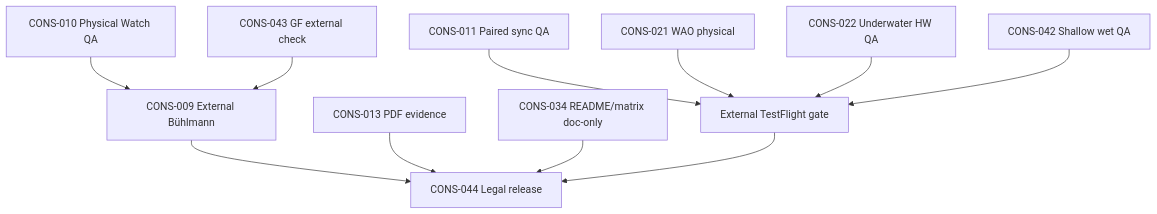
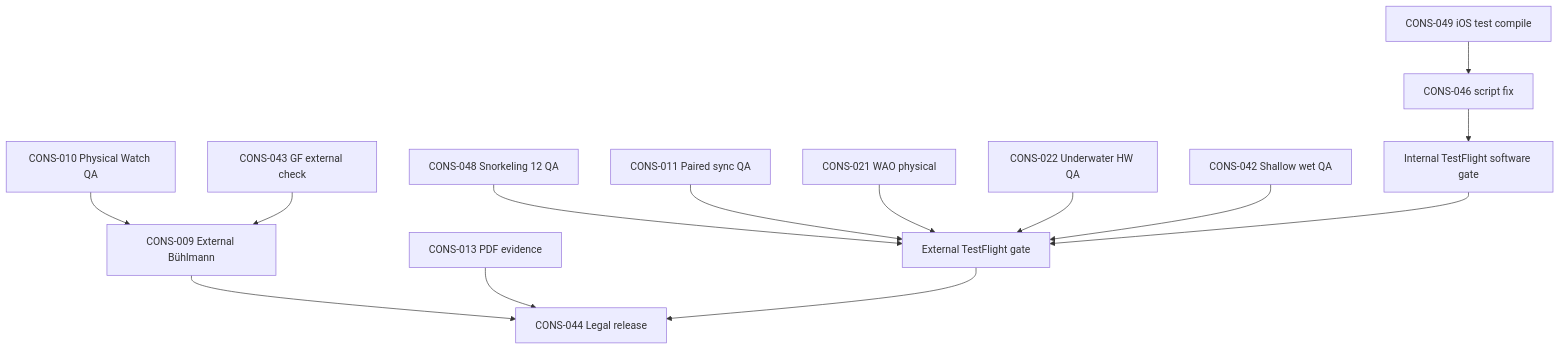
The diagram in Docs/MASTER_FINDING_DEPENDENCY_GRAPH_CURRENT.md (egopfe/DirDiving-App), drawn with Mermaid before and after one commit. The commit also changed other lines of this file and 36 other files, not shown here.

First line of the commit message:
Fix software gates IOS-P1-001 and CONS-046 for 100% internal TestFlight readiness.

````diff
--- a/Docs/MASTER_FINDING_DEPENDENCY_GRAPH_CURRENT.md
+++ b/Docs/MASTER_FINDING_DEPENDENCY_GRAPH_CURRENT.md
@@ -17,13 +17,16 @@
 ```mermaid
 graph TD
+  TEST[CONS-049 iOS test compile] --> SCRIPT[CONS-046 script fix]
+  SCRIPT --> INTTF[Internal TestFlight software gate]
+  SNK[CONS-048 Snorkeling 12 QA] --> EXTTF[External TestFlight gate]
   PHY[CONS-010 Physical Watch QA] --> EXT[CONS-009 External Bühlmann]
-  PAIR[CONS-011 Paired sync QA] --> EXTTF[External TestFlight gate]
+  PAIR[CONS-011 Paired sync QA] --> EXTTF
   WAO[CONS-021 WAO physical] --> EXTTF
   HW[CONS-022 Underwater HW QA] --> EXTTF
   SHAL[CONS-042 Shallow wet QA] --> EXTTF
   GFEXT[CONS-043 GF external check] --> EXT
   EXT --> REL[CONS-044 Legal release]
   PDF[CONS-013 PDF evidence] --> REL
-  DOC[CONS-034 README/matrix doc-only] --> REL
   EXTTF --> REL
+  INTTF --> EXTTF
 ```
````
